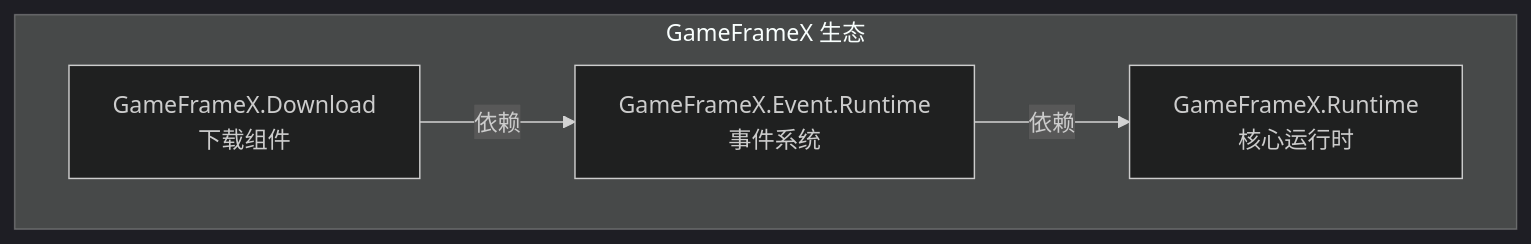
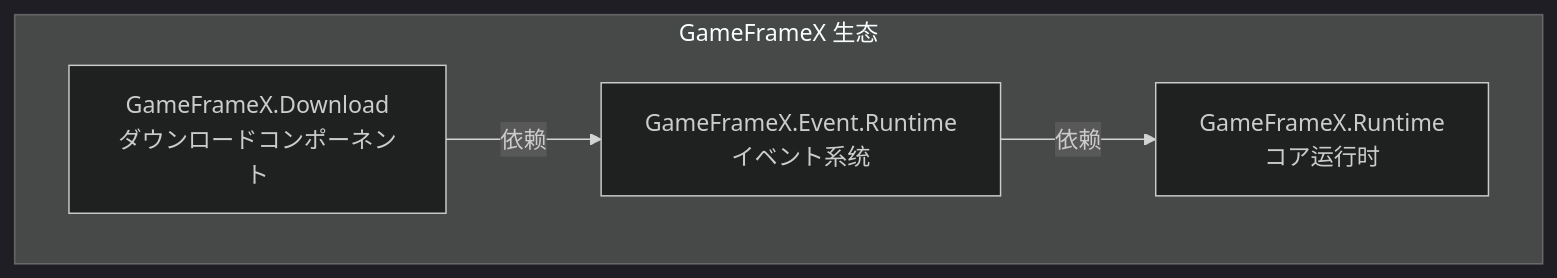
Before and after one commit to AlianBlank/GameFrameX.Docs: the diagram in docs/ja/client/unity/component/download/02.installation.md, drawn with Mermaid (dark theme). The commit also changed other lines of this file and 603 other files, not shown here.

````diff
--- a/docs/ja/client/unity/component/download/02.installation.md
+++ b/docs/ja/client/unity/component/download/02.installation.md
@@ -91,11 +91,11 @@
 ```mermaid
 graph TD
     subgraph GameFrameX["GameFrameX 生态"]
-        Runtime["GameFrameX.Runtime<br/>核心运行时"]
-        Event["GameFrameX.Event.Runtime<br/>事件系统"]
-        Download["GameFrameX.Download<br/>下载组件"]
+        Runtime["GameFrameX.Runtime<br/>コア运行时"]
+        Event["GameFrameX.Event.Runtime<br/>イベント系统"]
+        Download["GameFrameX.Download<br/>ダウンロードコンポーネント"]
     end
     
     Download -->|依赖| Event
     Event -->|依赖| Runtime
 ```
````
